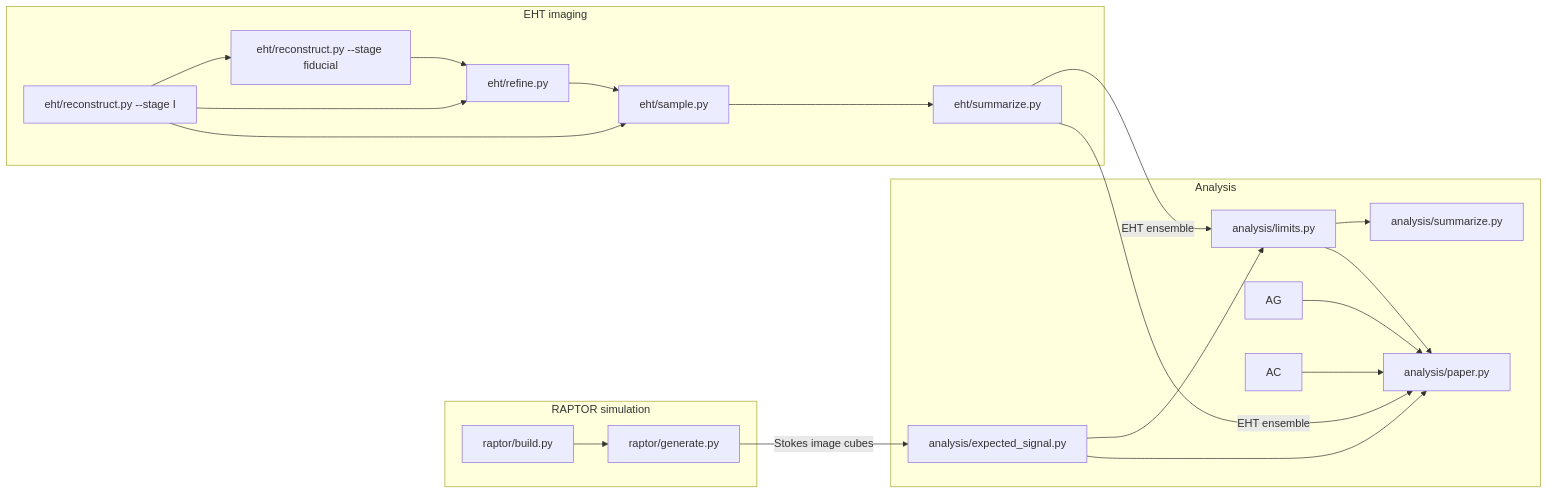
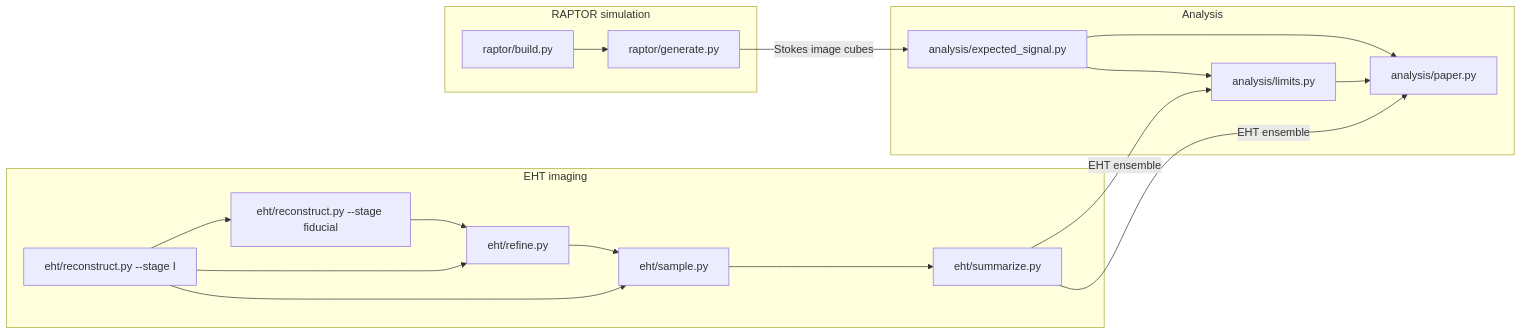
Before and after one commit to ProjectEHT-PKU/EHT-axion-pixel-by-pixel-analysis: the diagram in docs/en/overview.md, drawn with Mermaid. The commit also changed other lines of this file and 18 other files, not shown here.

Commit message:
Remove analysis/summary (summarize.py) and observed-vs-zero-data.png from limits; keep paper

````diff
--- a/docs/en/overview.md
+++ b/docs/en/overview.md
@@ -16,25 +16,22 @@
 ```mermaid
 flowchart LR
   subgraph RAPTOR["RAPTOR simulation"]
     RB["raptor/build.py"] --> RG["raptor/generate.py"]
   end
   subgraph EHT["EHT imaging"]
     EI["eht/reconstruct.py --stage I"] --> EF["eht/reconstruct.py --stage fiducial"]
     EF --> ER["eht/refine.py"]
     EI --> ER
     ER --> ES["eht/sample.py"]
     EI --> ES
     ES --> EM["eht/summarize.py"]
   end
   subgraph AN["Analysis"]
     AT["analysis/expected_signal.py"] --> AL["analysis/limits.py"]
-    AL --> AS["analysis/summarize.py"]
     AT --> AP["analysis/paper.py"]
     AL --> AP
-    AG --> AP
-    AC --> AP
   end
   RG -- "Stokes image cubes" --> AT
   EM -- "EHT ensemble" --> AL
   EM -- "EHT ensemble" --> AP
 ```
````
